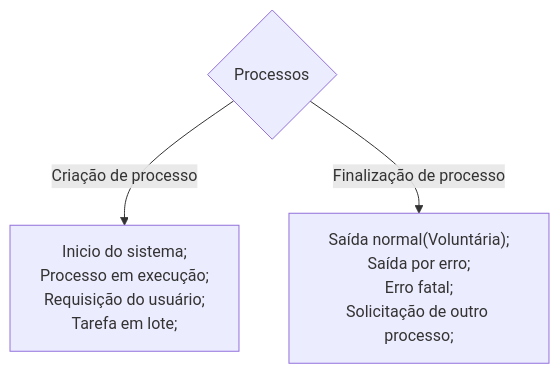
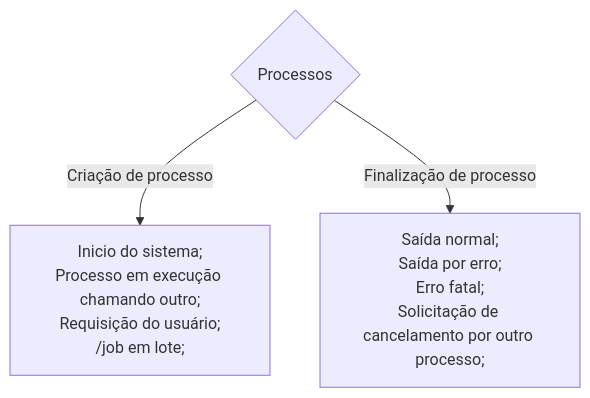
Before and after one commit to elens21/Engenharia-de-Software: the third of 4 diagrams in Sistemas Operacionais/sistemas operacionais[1].md, drawn with Mermaid. The commit also changed other lines of this file, not shown here.

````diff
--- a/Sistemas Operacionais/sistemas operacionais[1].md
+++ b/Sistemas Operacionais/sistemas operacionais[1].md
@@ -264,12 +270,12 @@
 ```mermaid
     graph TD
     A{Processos}
     A --> |Criação de processo| D[Inicio do sistema;
-    Processo em execução;
+    Processo em execução chamando outro;
     Requisição do usuário;
-    Tarefa em lote;]
-    A --> |Finalização de processo| E["Saída normal(Voluntária)";
+    /job em lote;]
+    A --> |Finalização de processo| E["Saída normal";
     Saída por erro;
     Erro fatal;
-    Solicitação de outro processo;]
+    Solicitação de cancelamento por outro processo;]
 ```
````
